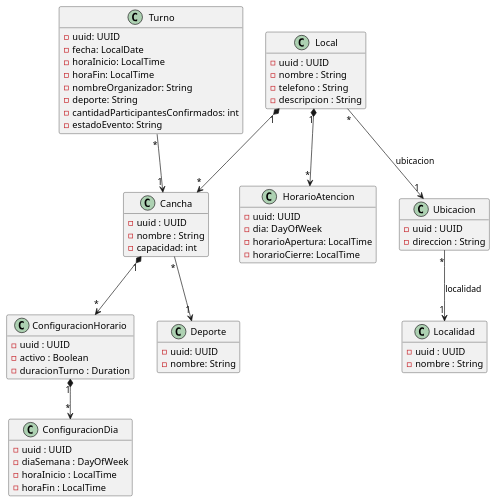
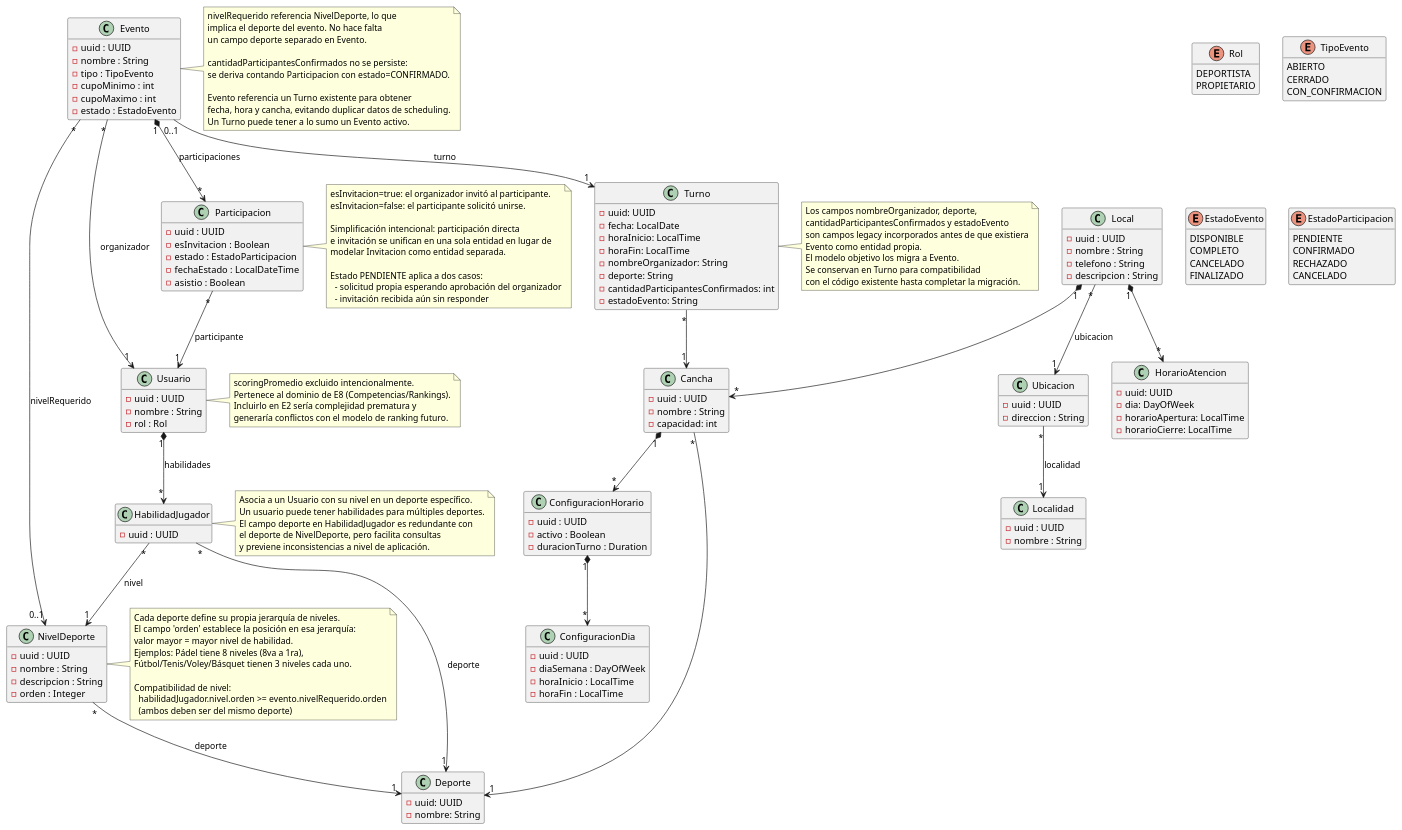
Before and after one commit to cozakoo/sale_partido: the diagram in documentation/diagrams/model.puml, drawn with PlantUML.

Commit message:
actualizacion e modelo de datos

```diff
--- a/documentation/diagrams/model.puml
+++ b/documentation/diagrams/model.puml
@@ -6,15 +6,15 @@
 ' configuraciones
 hide methods
 
-' Modelo
+' =====================================================
+' E1–E4: Locales, Canchas, Disponibilidad
+' =====================================================
+
 class Local {
     - uuid : UUID
-    - nombre : String 
+    - nombre : String
     - telefono : String
     - descripcion : String
-    ' - ubicacion: String
-    ' - coordenadas: String  /' latitud y longitud '/
-    ' - scoringPromedio: float
 }
 
 class Ubicacion {
@@ -69,107 +69,181 @@
     - estadoEvento: String
 }
 
+note right of Turno
+  Los campos nombreOrganizador, deporte,
+  cantidadParticipantesConfirmados y estadoEvento
+  son campos legacy incorporados antes de que existiera
+  Evento como entidad propia.
+  El modelo objetivo los migra a Evento.
+  Se conservan en Turno para compatibilidad
+  con el código existente hasta completar la migración.
+end note
 
-' Relaciones
-Local "1" *--> "*" HorarioAtencion 
-Local "1" *--> "*" Cancha  
+
+' =====================================================
+' E2-H01: Participación en eventos deportivos
+' =====================================================
+
+class NivelDeporte {
+    - uuid : UUID
+    - nombre : String
+    - descripcion : String
+    - orden : Integer
+}
+
+note right of NivelDeporte
+  Cada deporte define su propia jerarquía de niveles.
+  El campo 'orden' establece la posición en esa jerarquía:
+  valor mayor = mayor nivel de habilidad.
+  Ejemplos: Pádel tiene 8 niveles (8va a 1ra),
+  Fútbol/Tenis/Voley/Básquet tienen 3 niveles cada uno.
+
+  Compatibilidad de nivel:
+    habilidadJugador.nivel.orden >= evento.nivelRequerido.orden
+    (ambos deben ser del mismo deporte)
+end note
+
+class HabilidadJugador {
+    - uuid : UUID
+}
+
+note right of HabilidadJugador
+  Asocia a un Usuario con su nivel en un deporte específico.
+  Un usuario puede tener habilidades para múltiples deportes.
+  El campo deporte en HabilidadJugador es redundante con
+  el deporte de NivelDeporte, pero facilita consultas
+  y previene inconsistencias a nivel de aplicación.
+end note
+
+class Usuario {
+    - uuid : UUID
+    - nombre : String
+    - rol : Rol
+}
+
+note right of Usuario
+  scoringPromedio excluido intencionalmente.
+  Pertenece al dominio de E8 (Competencias/Rankings).
+  Incluirlo en E2 sería complejidad prematura y
+  generaría conflictos con el modelo de ranking futuro.
+end note
+
+enum Rol {
+    DEPORTISTA
+    PROPIETARIO
+}
+
+class Evento {
+    - uuid : UUID
+    - nombre : String
+    - tipo : TipoEvento
+    - cupoMinimo : int
+    - cupoMaximo : int
+    - estado : EstadoEvento
+}
+
+note right of Evento
+  nivelRequerido referencia NivelDeporte, lo que
+  implica el deporte del evento. No hace falta
+  un campo deporte separado en Evento.
+
+  cantidadParticipantesConfirmados no se persiste:
+  se deriva contando Participacion con estado=CONFIRMADO.
+
+  Evento referencia un Turno existente para obtener
+  fecha, hora y cancha, evitando duplicar datos de scheduling.
+  Un Turno puede tener a lo sumo un Evento activo.
+end note
+
+enum TipoEvento {
+    ABIERTO
+    CERRADO
+    CON_CONFIRMACION
+}
+
+enum EstadoEvento {
+    DISPONIBLE
+    COMPLETO
+    CANCELADO
+    FINALIZADO
+}
+
+class Participacion {
+    - uuid : UUID
+    - esInvitacion : Boolean
+    - estado : EstadoParticipacion
+    - fechaEstado : LocalDateTime
+    - asistio : Boolean
+}
+
+note right of Participacion
+  esInvitacion=true: el organizador invitó al participante.
+  esInvitacion=false: el participante solicitó unirse.
+
+  Simplificación intencional: participación directa
+  e invitación se unifican en una sola entidad en lugar de
+  modelar Invitacion como entidad separada.
+
+  Estado PENDIENTE aplica a dos casos:
+    - solicitud propia esperando aprobación del organizador
+    - invitación recibida aún sin responder
+end note
+
+enum EstadoParticipacion {
+    PENDIENTE
+    CONFIRMADO
+    RECHAZADO
+    CANCELADO
+}
+
+
+' =====================================================
+' Relaciones — E1–E4
+' =====================================================
+
+Local "1" *--> "*" HorarioAtencion
+Local "1" *--> "*" Cancha
 Local "*" --> "1" Ubicacion: ubicacion
 Ubicacion "*" --> "1" Localidad: localidad
-Cancha "1" *--> "*" ConfiguracionHorario  
-ConfiguracionHorario "1" *--> "*" ConfiguracionDia  
+Cancha "1" *--> "*" ConfiguracionHorario
+ConfiguracionHorario "1" *--> "*" ConfiguracionDia
 Cancha "*" --> "1" Deporte
 Turno "*" --> "1" Cancha
 
 
+' =====================================================
+' Relaciones — E2-H01
+' =====================================================
+
+NivelDeporte "*" --> "1" Deporte : deporte
+HabilidadJugador "*" --> "1" Deporte : deporte
+HabilidadJugador "*" --> "1" NivelDeporte : nivel
+Usuario "1" *--> "*" HabilidadJugador : habilidades
+Evento "*" --> "0..1" NivelDeporte : nivelRequerido
+Evento "0..1" --> "1" Turno : turno
+Evento "*" --> "1" Usuario : organizador
+Evento "1" *--> "*" Participacion : participaciones
+Participacion "*" --> "1" Usuario : participante
 
 
-' A acomodar para las nuevas historias del sprint 3
-'
-' enum EstadoTurno {
-'     LIBRE
-'     CONFIRMADO
-'     CANCELADO
-' }
-'
-' class Usuario {
-'     - uuid: UUID
-'     - nombre: String
-'     - scoringPromedio: float
-'     - nivel: Nivel
-'     - rol: Rol
-' }
-' 
-' class Evento {
-'     - uuid: UUID
-'     - nombre: String
-'     - tipo: TipoEvento
-'     - cupoMinimo: int
-'     - cupoMaximo: int
-'     - nivelHabilitado: String
-'     - estado: String
-' }
-' 
-' 
-' class Participacion {
-'     - estado: EstadoParticipacion
-'     - fechaEstado: DateTime
-'     - asistio: Boolean
-' }
-' 
-' enum EstadoParticipacion {
-'     PENDIENTE
-'     CONFIRMADO
-'     RECHAZADO
-'     CANCELADO
-' }
-' 
-' enum TipoEvento {
-'     ABIERTO
-'     CERRADO
-'     CON_CONFIRMACION
-' }
-' enum Rol {
-'     DEPORTISTA
-'     PROPIETARIO
-' }
-' 
-'
-'
-'
-'
-'
-'
-' Turno -[hidden]r- EstadoTurno
-' Evento -[hidden]r- TipoEvento
-' Participacion -[hidden]r- EstadoParticipacion
-' Usuario -[hidden]r- Nivel
-' Usuario -[hidden]r- Rol
-
-
-
-
-' Para el futuro (no usar aún)
+' =====================================================
+' Para el futuro (no implementar aún)
+' =====================================================
 ' class Resena {
 '     uuid: UUID
 '     tipo: TipoResena
 '     puntuacion: Decimal
-'     comentarios: Texto 
+'     comentarios: Texto
 ' }
-' 
+'
 ' enum TipoResena {
 '     JUGADOR
 '     LOCAL
 ' }
-' 
-' Turno "*" *-- "1" Cancha 
-' Turno "1" *-- "1" Evento
-' Evento "1" *-- "*" Participacion: participantes
-' Evento "*" *-- "1" Usuario: organizador
-' Participacion "1" *-- "*" Usuario
-' Resena "*" *-- "1" Usuario: evaluador
-' Resena "*" *-- "1" Usuario: evaluado
+'
+' Resena "*" *-- "1" Usuario : evaluador
+' Resena "*" *-- "1" Usuario : evaluado
 ' Resena "*" *-- "1" Evento
 ' Resena "*" *-- "1" Local
 
-
 @enduml
```
